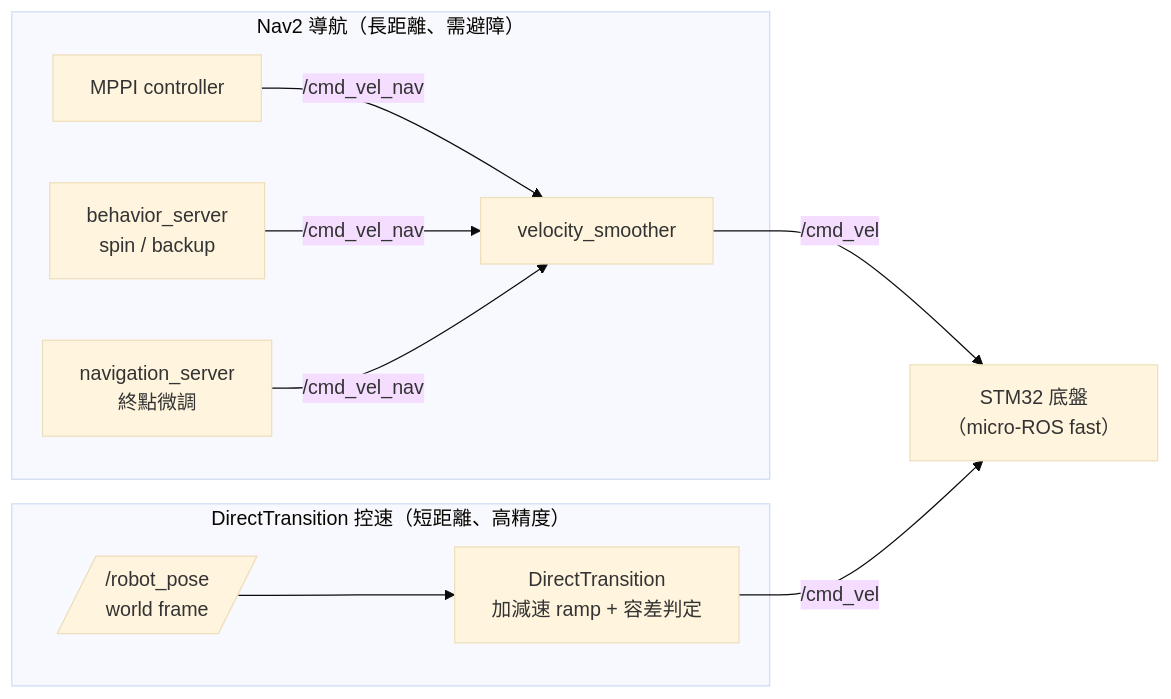
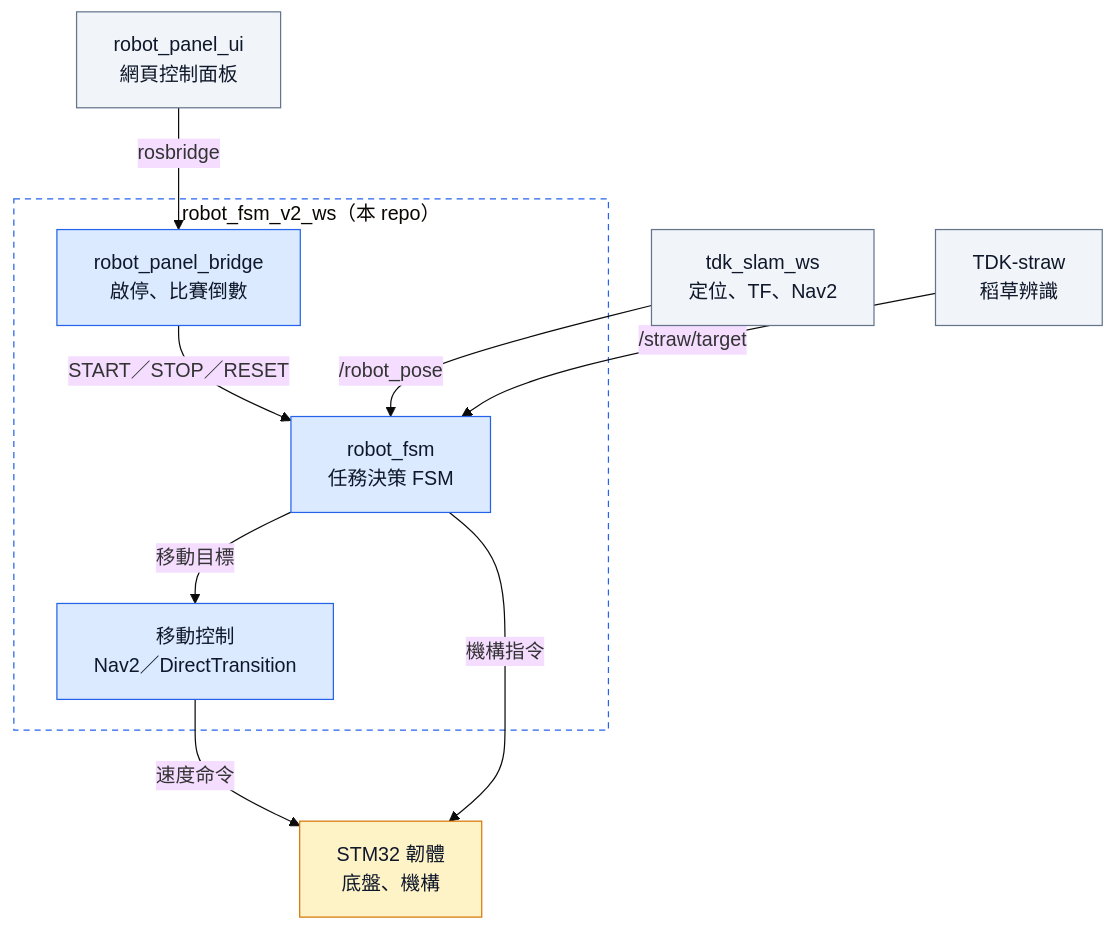
One commit to terryking0711/tdk_slam_ws changed the first of 5 diagrams in README.md. Above: the diagram before and after it, drawn with Mermaid (base theme). The commit also changed other lines of this file, not shown here.

````diff
--- a/README.md
+++ b/README.md
@@ -164,16 +21,30 @@
 ```mermaid
-flowchart LR
-    subgraph Nav2Path ["Nav2 導航（長距離、需避障）"]
-        CT["MPPI controller"] -->|/cmd_vel_nav| VS
-        BH["behavior_server<br>spin / backup"] -->|/cmd_vel_nav| VS
-        NS["navigation_server<br>終點微調"] -->|/cmd_vel_nav| VS
-        VS["velocity_smoother"]
+flowchart TB
+    UI["robot_panel_ui<br/>網頁控制面板"]
+    SLAM["tdk_slam_ws<br/>定位、TF、Nav2"]
+    VISION["TDK-straw<br/>稻草辨識"]
+
+    subgraph WS["robot_fsm_v2_ws（本 repo）"]
+        BRIDGE["robot_panel_bridge<br/>啟停、比賽倒數"]
+        FSM["robot_fsm<br/>任務決策 FSM"]
+        MOVE["移動控制<br/>Nav2／DirectTransition"]
     end
 
-    subgraph DirectPath ["DirectTransition 控速（短距離、高精度）"]
-        RP[/"/robot_pose<br>world frame"/] --> DT["DirectTransition<br>加減速 ramp + 容差判定"]
-    end
+    STM["STM32 韌體<br/>底盤、機構"]
 
-    VS -->|/cmd_vel| STM["STM32 底盤<br>（micro-ROS fast）"]
-    DT -->|/cmd_vel| STM
+    UI -->|rosbridge| BRIDGE
+    BRIDGE -->|START／STOP／RESET| FSM
+    SLAM -->|/robot_pose| FSM
+    VISION -->|/straw/target| FSM
+    FSM -->|移動目標| MOVE
+    MOVE -->|速度命令| STM
+    FSM -->|機構指令| STM
+
+    classDef ours fill:#dbeafe,stroke:#2563eb,color:#0f172a
+    classDef ext fill:#f1f5f9,stroke:#64748b,color:#0f172a
+    classDef hw fill:#fef3c7,stroke:#d97706,color:#0f172a
+    class BRIDGE,FSM,MOVE ours
+    class UI,SLAM,VISION ext
+    class STM hw
+    style WS fill:none,stroke:#2563eb,stroke-dasharray:5 4
 ```
````
